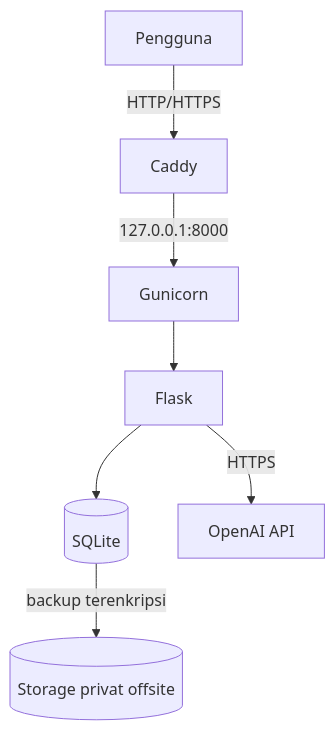
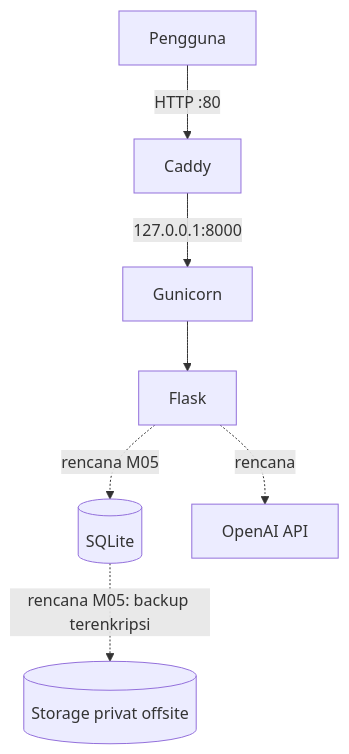
One commit to lailazulfa566-max/cc_25832072001_nusancode changed the diagram in README.md. Above: the diagram before and after it, drawn with Mermaid. The commit also changed other lines of this file, not shown here.

````diff
--- a/README.md
+++ b/README.md
@@ -39,9 +42,9 @@
 ```mermaid
 flowchart TB
-    U[Pengguna] -->|HTTP/HTTPS| C[Caddy]
+    U[Pengguna] -->|HTTP :80| C[Caddy]
     C -->|127.0.0.1:8000| G[Gunicorn]
     G --> F[Flask]
-    F --> D[(SQLite)]
-    F -->|HTTPS| O[OpenAI API]
-    D -->|backup terenkripsi| B[(Storage privat offsite)]
+    F -.->|rencana M05| D[(SQLite)]
+    F -.->|rencana| O[OpenAI API]
+    D -.->|rencana M05: backup terenkripsi| B[(Storage privat offsite)]
 ```
````
